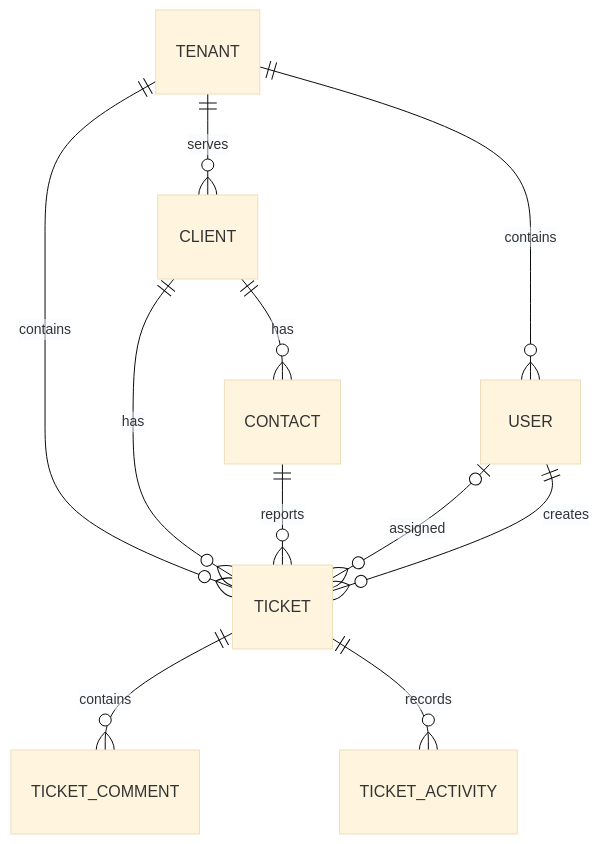
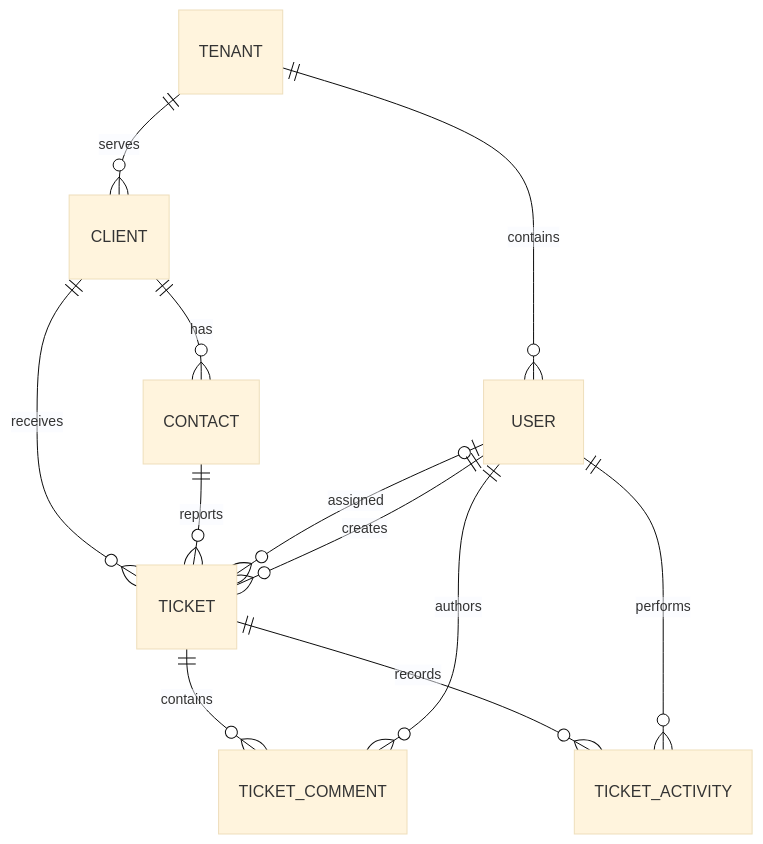
Before and after one commit to skrall3119/HelpDesk: the diagram in docs/PROJECT_PLAN.md, drawn with Mermaid (base theme). The commit also changed other lines of this file, not shown here.

Commit message:
Expand helpdesk implementation plan and record client management permissions

````diff
--- a/docs/PROJECT_PLAN.md
+++ b/docs/PROJECT_PLAN.md
@@ -223,13 +184,14 @@
 ```mermaid
 erDiagram
     TENANT ||--o{ USER : contains
     TENANT ||--o{ CLIENT : serves
-    TENANT ||--o{ TICKET : contains
     CLIENT ||--o{ CONTACT : has
-    CLIENT ||--o{ TICKET : has
+    CLIENT ||--o{ TICKET : receives
     CONTACT ||--o{ TICKET : reports
     USER o|--o{ TICKET : assigned
     USER ||--o{ TICKET : creates
     TICKET ||--o{ TICKET_COMMENT : contains
+    USER ||--o{ TICKET_COMMENT : authors
     TICKET ||--o{ TICKET_ACTIVITY : records
+    USER ||--o{ TICKET_ACTIVITY : performs
 ```
````
